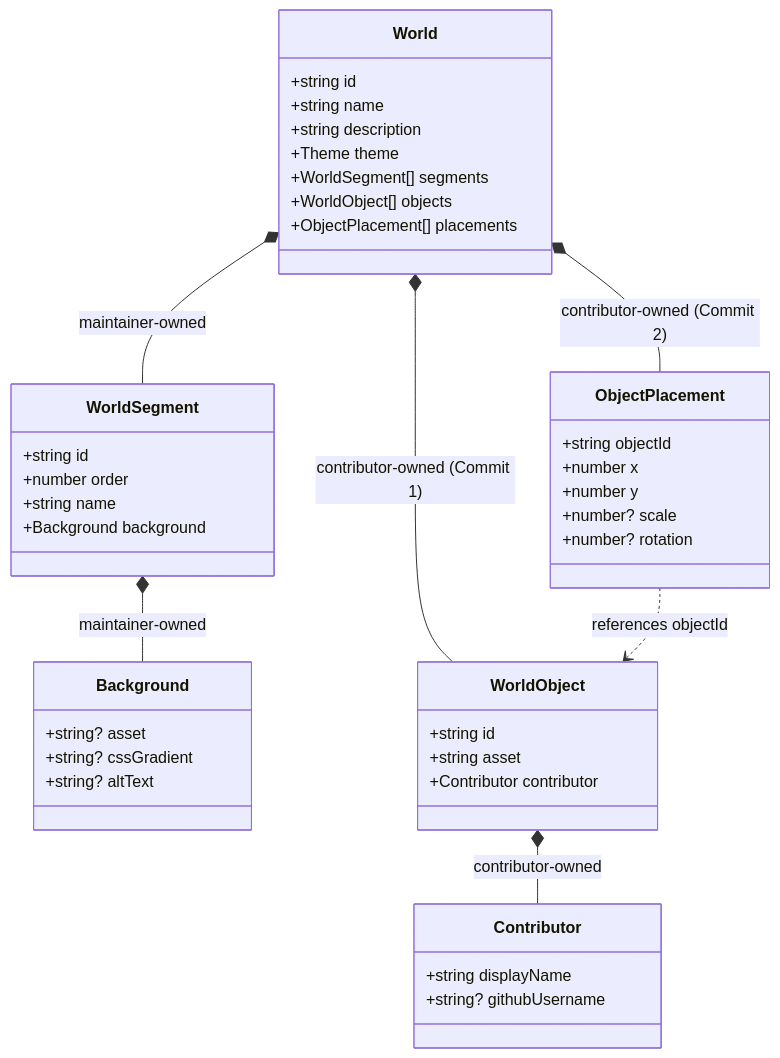
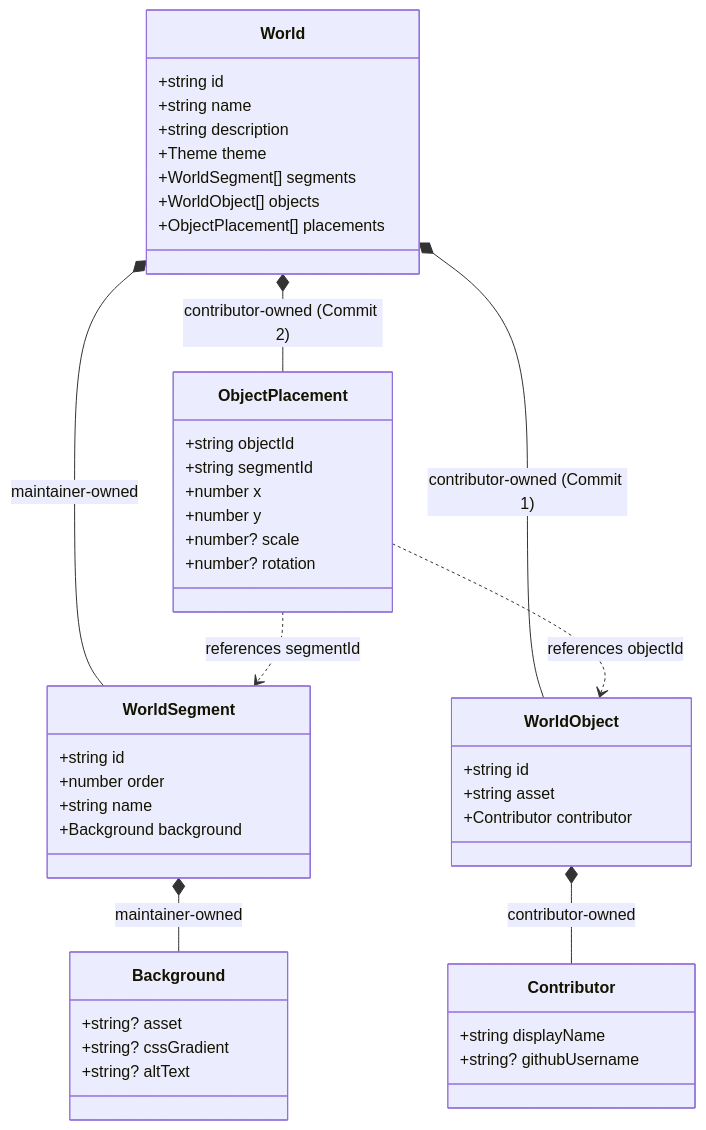
Before and after one commit to HaneeshYadav/MakeYourWorld-OpenCircle: the diagram in docs/architecture/world-data.md, drawn with Mermaid. The commit also changed other lines of this file and 6 other files, not shown here.

Commit message:
feat: implement world placement schema and engine rendering for multi-segment data structures

````diff
--- a/docs/architecture/world-data.md
+++ b/docs/architecture/world-data.md
@@ -7,46 +7,48 @@
 ```mermaid
 classDiagram
     class World {
       +string id
       +string name
       +string description
       +Theme theme
       +WorldSegment[] segments
       +WorldObject[] objects
       +ObjectPlacement[] placements
     }
     class WorldSegment {
       +string id
       +number order
       +string name
       +Background background
     }
     class Background {
       +string? asset
       +string? cssGradient
       +string? altText
     }
     class WorldObject {
       +string id
       +string asset
       +Contributor contributor
     }
     class Contributor {
       +string displayName
       +string? githubUsername
     }
     class ObjectPlacement {
       +string objectId
+      +string segmentId
       +number x
       +number y
       +number? scale
       +number? rotation
     }
 
     World *-- WorldSegment : maintainer-owned
     WorldSegment *-- Background : maintainer-owned
     World *-- WorldObject : contributor-owned (Commit 1)
     WorldObject *-- Contributor : contributor-owned
     World *-- ObjectPlacement : contributor-owned (Commit 2)
     ObjectPlacement ..> WorldObject : references objectId
+    ObjectPlacement ..> WorldSegment : references segmentId
 ```
````
